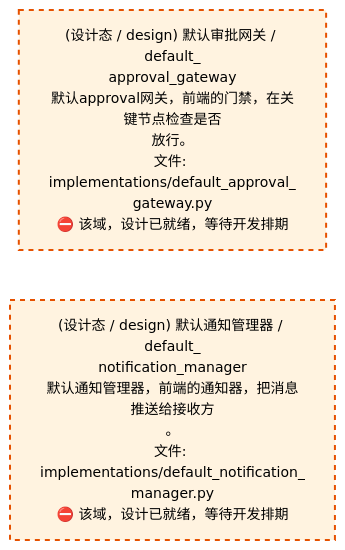
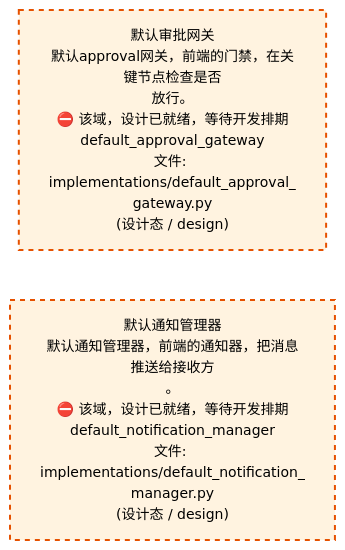
Before and after one commit to xuanFelixVan/ZephyrAlpha: the third of 4 diagrams in docs/02_enterprise_architecture/02_domain_architecture_docs/47_d_frontend.md, drawn with Mermaid. The commit also changed other lines of this file and 62 other files, not shown here.

````diff
--- a/docs/02_enterprise_architecture/02_domain_architecture_docs/47_d_frontend.md
+++ b/docs/02_enterprise_architecture/02_domain_architecture_docs/47_d_frontend.md
@@ -177,12 +177,12 @@
 ```mermaid
 %%{init: {'theme': 'base', 'themeVariables': {'primaryColor': '#eaeaea', 'primaryTextColor': '#333333', 'primaryBorderColor': '#666666', 'lineColor': '#666666', 'secondaryColor': '#eaeaea', 'tertiaryColor': '#eaeaea', 'fontSize': '14px'}}}%%
 flowchart TD
-    src_zephyr_frontend_implementations_default_approval_gateway_py["(设计态 / design) 默认审批网关 / default_<br/>approval_gateway<br/>默认approval网关，前端的门禁，在关键节点检查是否<br/>放行。<br/>文件: implementations/default_approval_<br/>gateway.py<br/>⛔ 该域，设计已就绪，等待开发排期"]
-    src_zephyr_frontend_implementations_default_notification_manager_py["(设计态 / design) 默认通知管理器 / default_<br/>notification_manager<br/>默认通知管理器，前端的通知器，把消息推送给接收方<br/>。<br/>文件: implementations/default_notification_<br/>manager.py<br/>⛔ 该域，设计已就绪，等待开发排期"]
+    src_zephyr_frontend_implementations_default_approval_gateway_py["默认审批网关<br/>默认approval网关，前端的门禁，在关键节点检查是否<br/>放行。<br/>⛔ 该域，设计已就绪，等待开发排期<br/>default_approval_gateway<br/>文件: implementations/default_approval_<br/>gateway.py<br/>(设计态 / design)"]
+    src_zephyr_frontend_implementations_default_notification_manager_py["默认通知管理器<br/>默认通知管理器，前端的通知器，把消息推送给接收方<br/>。<br/>⛔ 该域，设计已就绪，等待开发排期<br/>default_notification_manager<br/>文件: implementations/default_notification_<br/>manager.py<br/>(设计态 / design)"]
     src_zephyr_frontend_implementations_default_approval_gateway_py ~~~ src_zephyr_frontend_implementations_default_notification_manager_py
     classDef production fill:#e1f5fe,stroke:#01579b,stroke-width:2px,color:#000
     classDef design fill:#fff3e0,stroke:#e65100,stroke-width:2px,color:#000,stroke-dasharray: 5 5
     classDef external_prod fill:#e8f4fd,stroke:#0277bd,stroke-width:1px,color:#000
     classDef external_design fill:#fff8e7,stroke:#ef6c00,stroke-width:1px,color:#000,stroke-dasharray: 5 5
     class src_zephyr_frontend_implementations_default_approval_gateway_py,src_zephyr_frontend_implementations_default_notification_manager_py design
 ```
````
